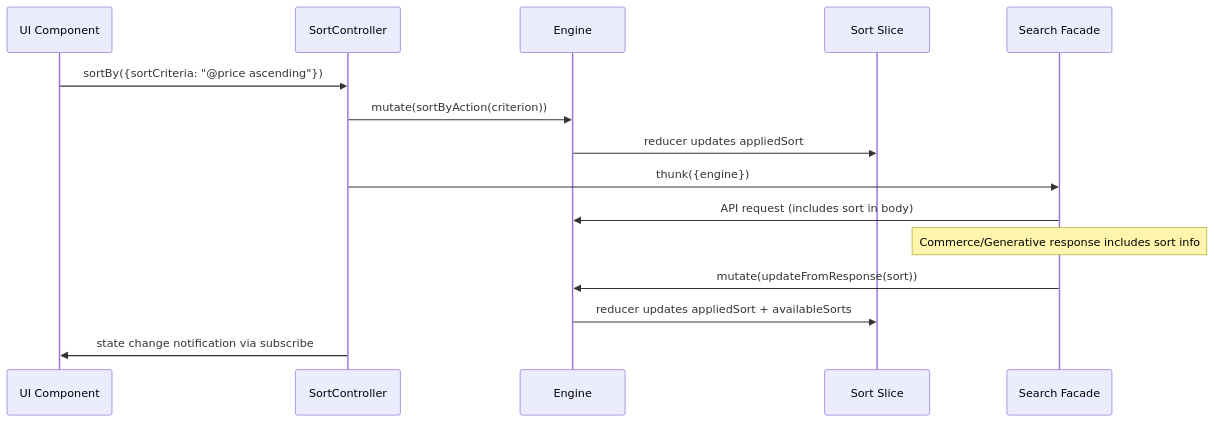
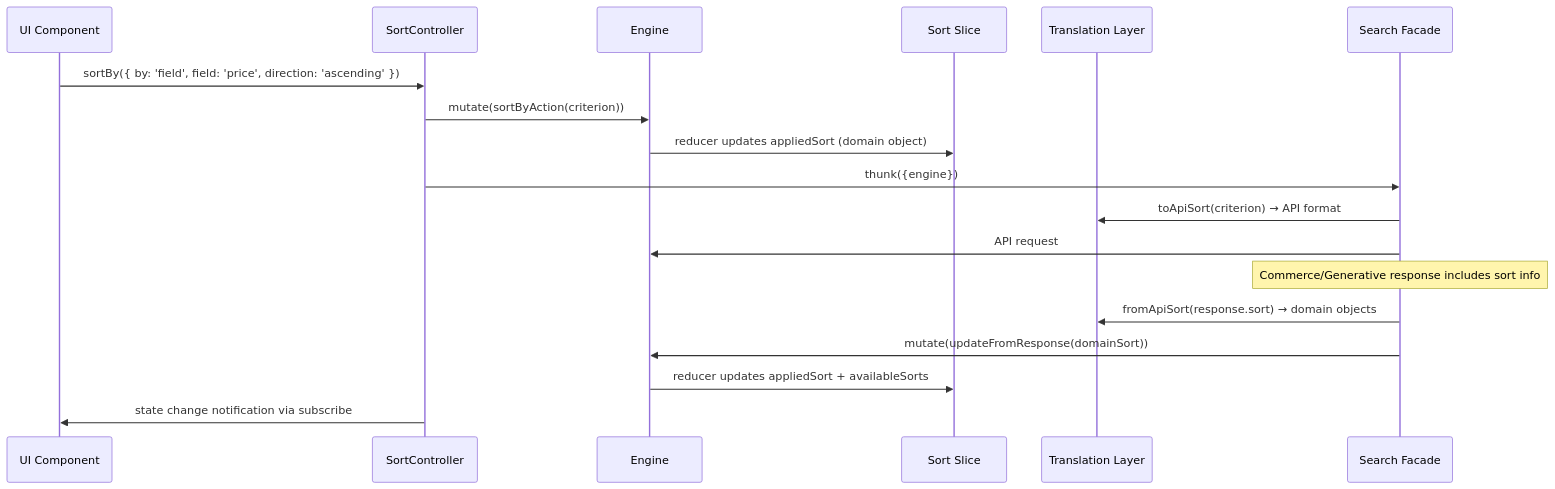
One commit to coveo/ui-kit changed the second of 2 diagrams in .kiro/specs/sort-controller/design.md. Above: the diagram before and after it, drawn with Mermaid. The commit also changed other lines of this file and 2 other files, not shown here.

````diff
--- a/.kiro/specs/sort-controller/design.md
+++ b/.kiro/specs/sort-controller/design.md
@@ -58,18 +47,21 @@
 ```mermaid
 sequenceDiagram
     participant UI as UI Component
     participant CTRL as SortController
     participant ENG as Engine
     participant SLICE as Sort Slice
+    participant XLAT as Translation Layer
     participant FACADE as Search Facade
 
-    UI->>CTRL: sortBy({sortCriteria: "@price ascending"})
+    UI->>CTRL: sortBy({ by: 'field', field: 'price', direction: 'ascending' })
     CTRL->>ENG: mutate(sortByAction(criterion))
-    ENG->>SLICE: reducer updates appliedSort
+    ENG->>SLICE: reducer updates appliedSort (domain object)
     CTRL->>FACADE: thunk({engine})
-    FACADE->>ENG: API request (includes sort in body)
+    FACADE->>XLAT: toApiSort(criterion) → API format
+    FACADE->>ENG: API request
     Note over FACADE: Commerce/Generative response includes sort info
-    FACADE->>ENG: mutate(updateFromResponse(sort))
+    FACADE->>XLAT: fromApiSort(response.sort) → domain objects
+    FACADE->>ENG: mutate(updateFromResponse(domainSort))
     ENG->>SLICE: reducer updates appliedSort + availableSorts
     CTRL->>UI: state change notification via subscribe
 ```
````
